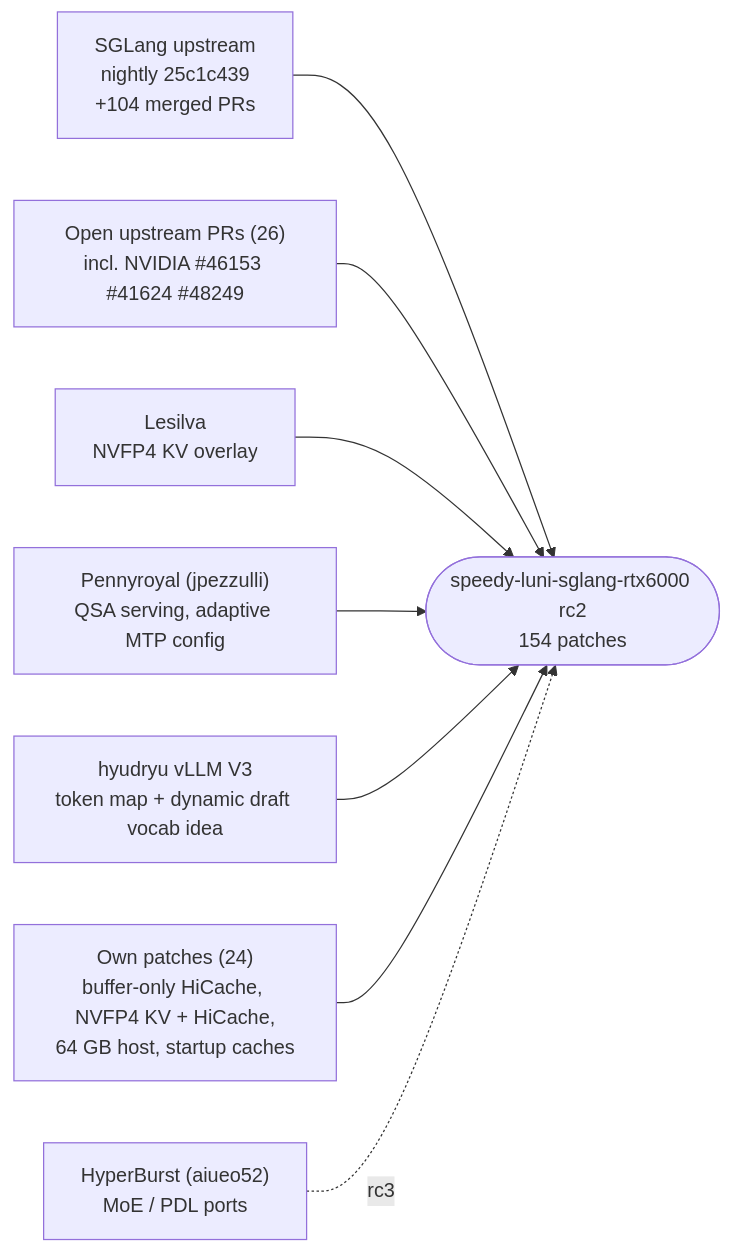
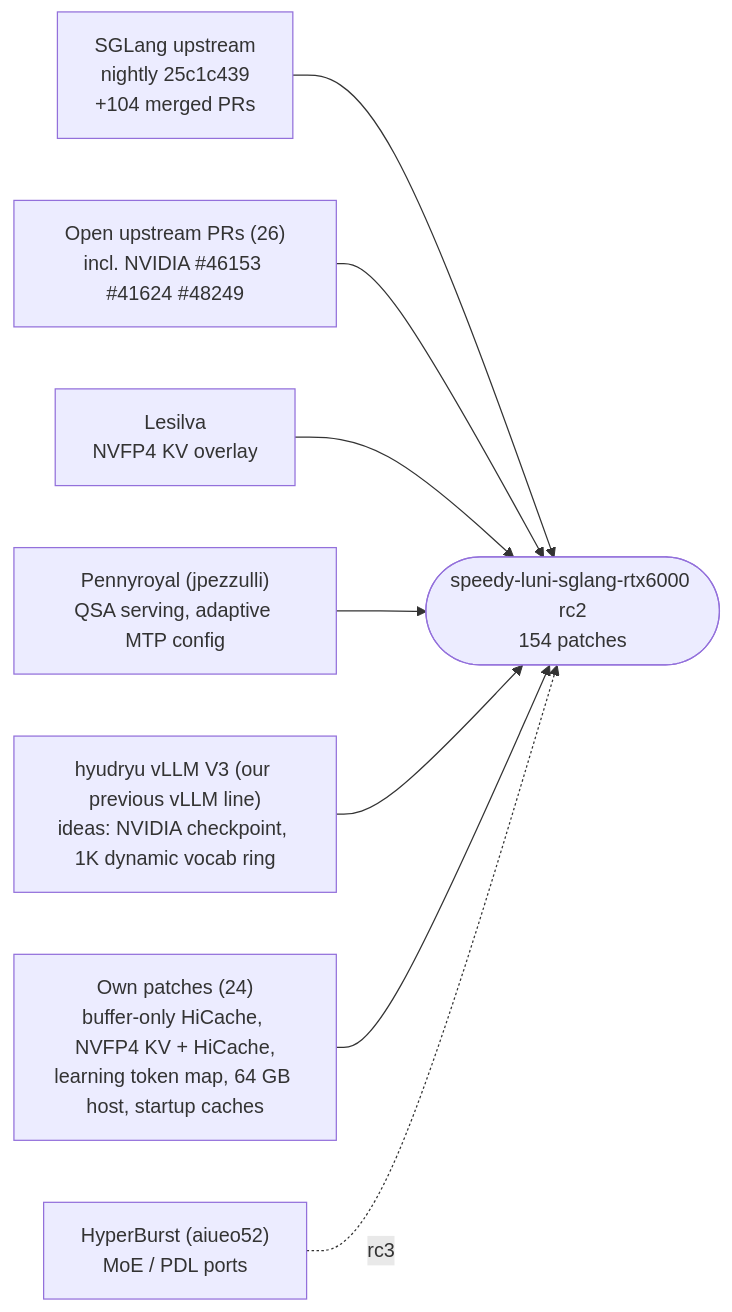
Before and after one commit to thomasdenk79-cyber/speedy-luni-sglang-rtx6000: the diagram in README.md, drawn with Mermaid. The commit also changed other lines of this file and 5 other files, not shown here.

First line of the commit message:
docs: credit vLLM V3 ideas, learning token map, buffer-only HiCache, prefill under load

````diff
--- a/README.md
+++ b/README.md
@@ -41,11 +42,11 @@
 ```mermaid
 flowchart LR
   U["SGLang upstream<br/>nightly 25c1c439<br/>+104 merged PRs"] --> S
   N["Open upstream PRs (26)<br/>incl. NVIDIA #46153 #41624 #48249"] --> S
   L["Lesilva<br/>NVFP4 KV overlay"] --> S
   P["Pennyroyal (jpezzulli)<br/>QSA serving, adaptive MTP config"] --> S
-  V["hyudryu vLLM V3<br/>token map + dynamic draft vocab idea"] --> S
-  O["Own patches (24)<br/>buffer-only HiCache, NVFP4 KV + HiCache,<br/>64 GB host, startup caches"] --> S
+  V["hyudryu vLLM V3 (our previous vLLM line)<br/>ideas: NVIDIA checkpoint, 1K dynamic vocab ring"] --> S
+  O["Own patches (24)<br/>buffer-only HiCache, NVFP4 KV + HiCache,<br/>learning token map, 64 GB host, startup caches"] --> S
   S(["speedy-luni-sglang-rtx6000 rc2<br/>154 patches"])
   H["HyperBurst (aiueo52)<br/>MoE / PDL ports"] -.->|rc3| S
 ```
````
